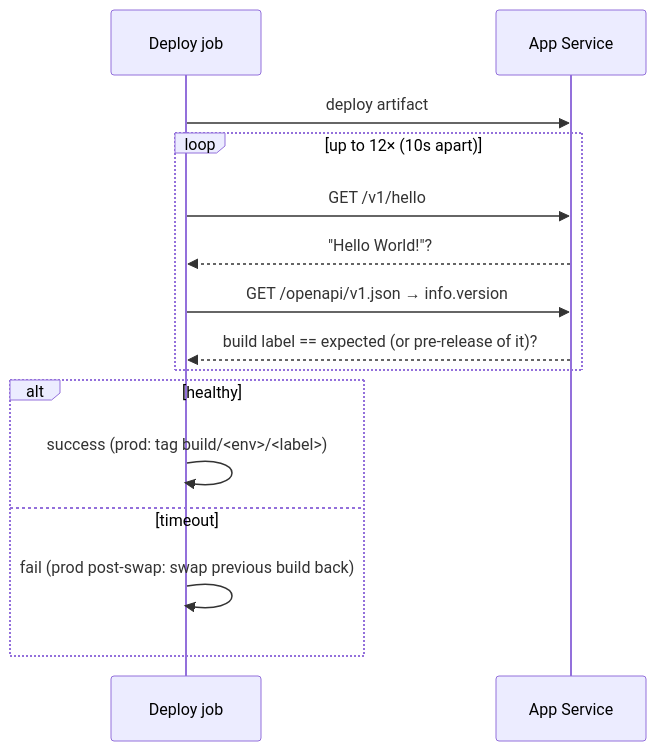
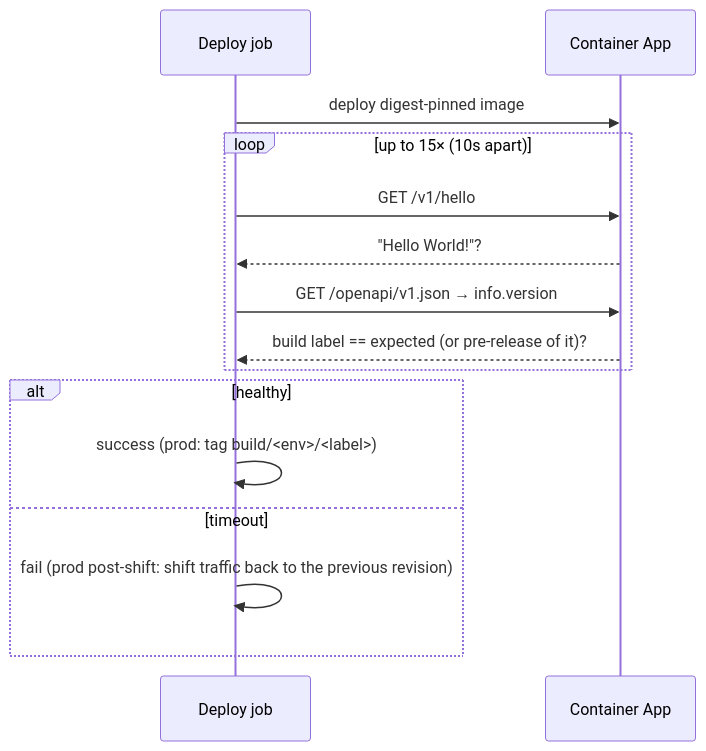
The third of 3 diagrams in docs/c3-components/README.md (avlon-technologies/template-azure-cicd), drawn with Mermaid before and after one commit. The commit also changed other lines of this file and 12 other files, not shown here.

First line of the commit message:
Fix stale App Service references and add MIT license

````diff
--- a/docs/c3-components/README.md
+++ b/docs/c3-components/README.md
@@ -110,17 +110,17 @@
 ```mermaid
 sequenceDiagram
     participant P as Deploy job
-    participant A as App Service
-    P->>A: deploy artifact
-    loop up to 12× (10s apart)
+    participant A as Container App
+    P->>A: deploy digest-pinned image
+    loop up to 15× (10s apart)
         P->>A: GET /v1/hello
         A-->>P: "Hello World!"?
         P->>A: GET /openapi/v1.json → info.version
         A-->>P: build label == expected (or pre-release of it)?
     end
     alt healthy
         P->>P: success (prod: tag build/<env>/<label>)
     else timeout
-        P->>P: fail (prod post-swap: swap previous build back)
+        P->>P: fail (prod post-shift: shift traffic back to the previous revision)
     end
 ```
````
